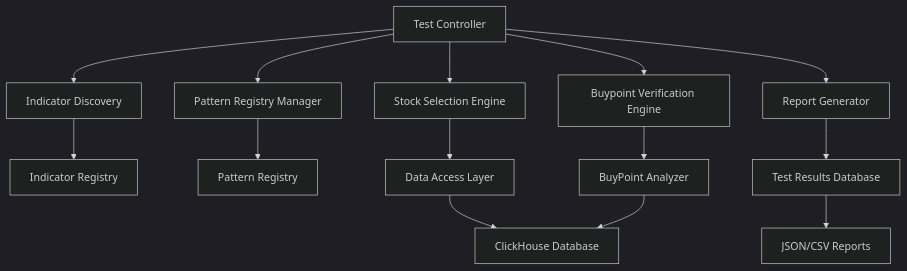
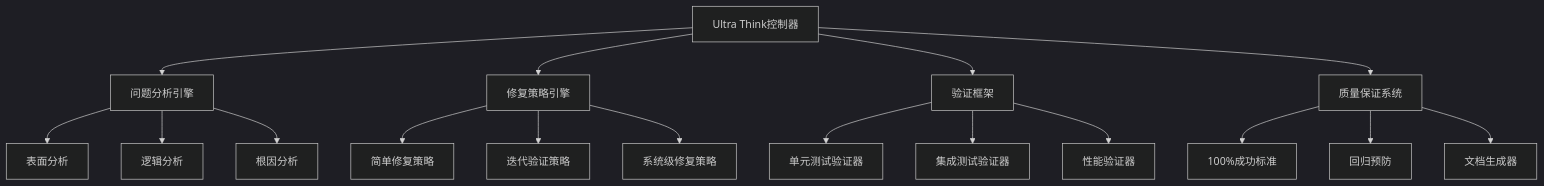
One commit to HackerChenX/freedom changed the first of 3 diagrams in .kiro/specs/stock-selection-testing/design.md. Above: the diagram before and after it, drawn with Mermaid (dark theme). The commit also changed other lines of this file and 22 other files, not shown here.

````diff
--- a/.kiro/specs/stock-selection-testing/design.md
+++ b/.kiro/specs/stock-selection-testing/design.md
@@ -13,18 +11,23 @@
 ```mermaid
 graph TB
-    A[Test Controller] --> B[Indicator Discovery]
-    A --> C[Pattern Registry Manager]
-    A --> D[Stock Selection Engine]
-    A --> E[Buypoint Verification Engine]
-    A --> F[Report Generator]
+    A[Ultra Think控制器] --> B[问题分析引擎]
+    A --> C[修复策略引擎]
+    A --> D[验证框架]
+    A --> E[质量保证系统]
     
-    B --> G[Indicator Registry]
-    C --> H[Pattern Registry]
-    D --> I[Data Access Layer]
-    E --> J[BuyPoint Analyzer]
-    F --> K[Test Results Database]
+    B --> B1[表面分析]
+    B --> B2[逻辑分析] 
+    B --> B3[根因分析]
     
-    I --> L[ClickHouse Database]
-    J --> L
-    K --> M[JSON/CSV Reports]
+    C --> C1[简单修复策略]
+    C --> C2[迭代验证策略]
+    C --> C3[系统级修复策略]
+    
+    D --> D1[单元测试验证器]
+    D --> D2[集成测试验证器]
+    D --> D3[性能验证器]
+    
+    E --> E1[100%成功标准]
+    E --> E2[回归预防]
+    E --> E3[文档生成器]
 ```
````
